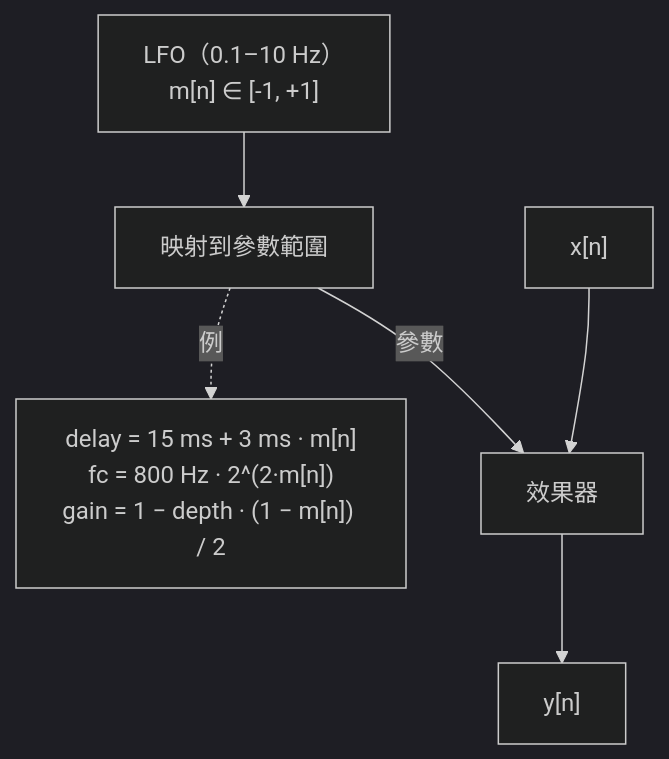
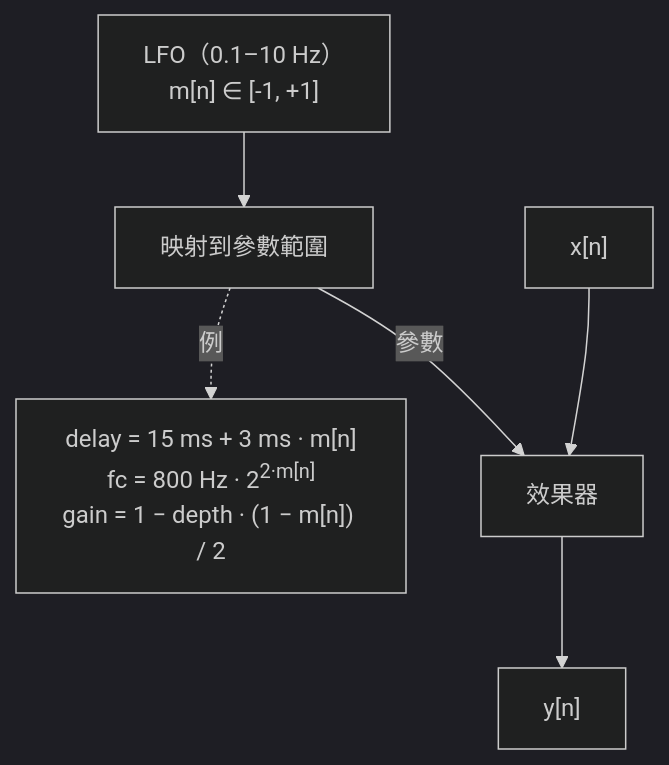
One commit to TomHsieh300/DAW-for-fun changed the second of 5 diagrams in lessons/10-modulation/README.zh-TW.md. Above: the diagram before and after it, drawn with Mermaid (dark theme). The commit also changed other lines of this file and 19 other files, not shown here.

First line of the commit message:
lessons: typeset subscripts and superscripts in Mermaid labels

````diff
--- a/lessons/10-modulation/README.zh-TW.md
+++ b/lessons/10-modulation/README.zh-TW.md
@@ -36,7 +36,7 @@
 ```mermaid
 flowchart TD
     L["LFO（0.1–10 Hz）<br/>m[n] ∈ [-1, +1]"] --> P["映射到參數範圍"]
-    P -.->|"例"| EX["delay = 15 ms + 3 ms · m[n]<br/>fc = 800 Hz · 2^(2·m[n])<br/>gain = 1 − depth · (1 − m[n]) / 2"]
+    P -.->|"例"| EX["delay = 15 ms + 3 ms · m[n]<br/>fc = 800 Hz · 2<sup>2·m[n]</sup><br/>gain = 1 − depth · (1 − m[n]) / 2"]
     P -->|"參數"| E
     X["x[n]"] --> E["效果器"] --> Y["y[n]"]
 ```
````
